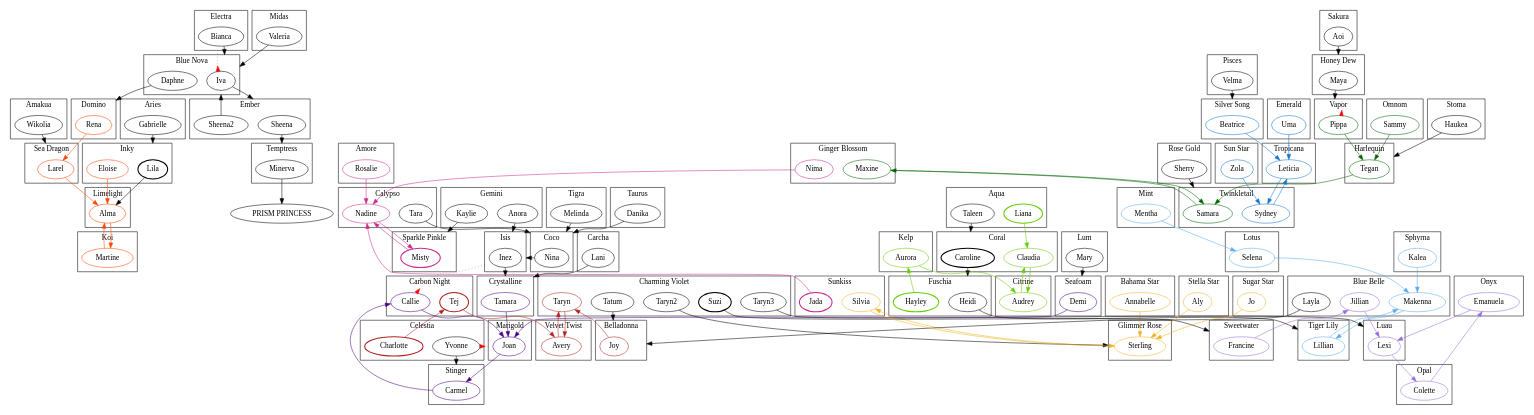
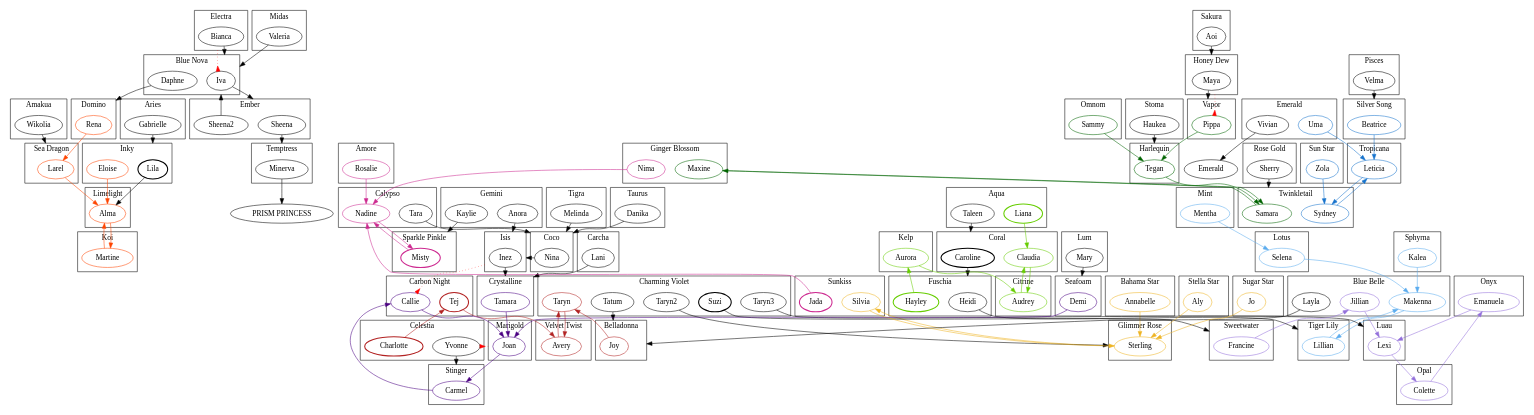
One commit to besslwalker/crowdstar-graphs changed the diagram in Mermaids.dot. Above: the diagram before and after it, drawn with Graphviz.

Commit message:
Adds Vivian, a candidate Emerald mermaid.

```diff
--- a/Mermaids.dot
+++ b/Mermaids.dot
@@ -153,8 +153,10 @@
     subgraph clusterEmerald {
         label = Emerald;
         Uma [color = dodgerblue3];
+        Vivian;
     }
     Uma -> Leticia [color = dodgerblue3];
+    Vivian -> Emerald [lhead = clusterStinger];
     
     subgraph clusterFuschia {
         label = Fuschia;
```
